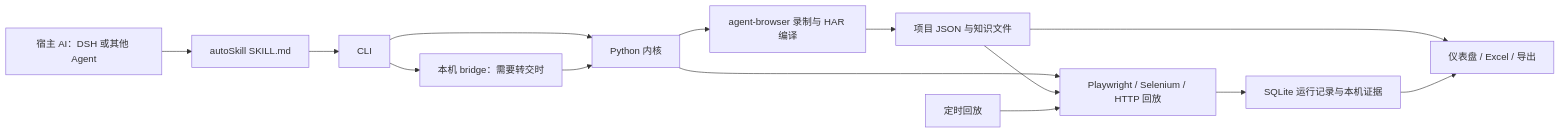
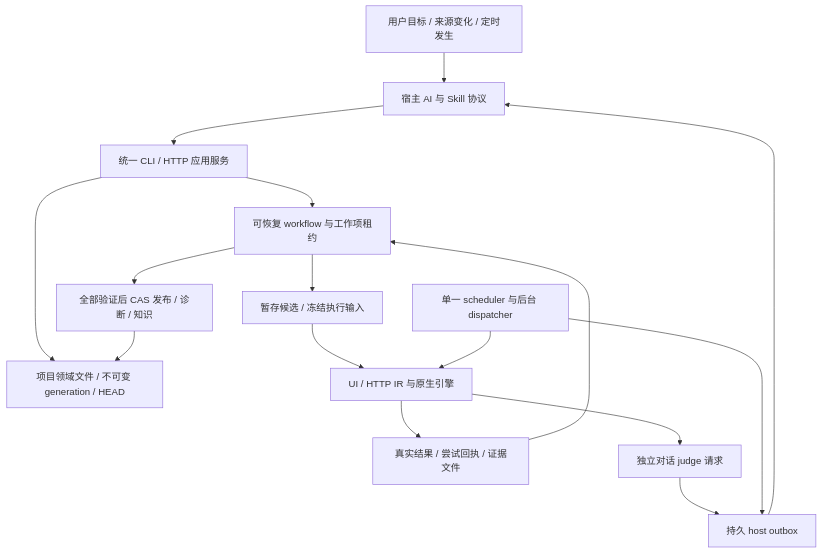
Before and after one commit to lance-donif/autoSkill: the diagram in docs/架构审查与演进方案.md, drawn with Mermaid. The commit also changed other lines of this file and 4 other files, not shown here.

Commit message:
docs: record implemented skill architecture and evidence-based acceptance boundaries

````diff
--- a/docs/架构审查与演进方案.md
+++ b/docs/架构审查与演进方案.md
@@ -25,16 +9,18 @@
 ```mermaid
-flowchart LR
-    H[宿主 AI：DSH 或其他 Agent] --> S[autoSkill SKILL.md]
-    S --> C[CLI]
-    C --> B[本机 bridge：需要转交时]
-    C --> K[Python 内核]
-    B --> K
-    K --> R[agent-browser 录制与 HAR 编译]
-    K --> E[Playwright / Selenium / HTTP 回放]
-    R --> P[项目 JSON 与知识文件]
-    P --> E
-    E --> D[SQLite 运行记录与本机证据]
-    T[定时回放] --> E
-    P --> V[仪表盘 / Excel / 导出]
-    D --> V
+flowchart TB
+    U[用户目标 / 来源变化 / 定时发生] --> H[宿主 AI 与 Skill 协议]
+    H --> A[统一 CLI / HTTP 应用服务]
+    A --> W[可恢复 workflow 与工作项租约]
+    A --> D[项目领域文件 / 不可变 generation / HEAD]
+    W --> P[暂存候选 / 冻结执行输入]
+    P --> E[UI / HTTP IR 与原生引擎]
+    E --> R[真实结果 / 尝试回执 / 证据文件]
+    E --> J[独立对话 judge 请求]
+    J --> O[持久 host outbox]
+    O --> H
+    R --> W
+    W --> C[全部验证后 CAS 发布 / 诊断 / 知识]
+    C --> D
+    T[单一 scheduler 与后台 dispatcher] --> E
+    T --> O
 ```
````
